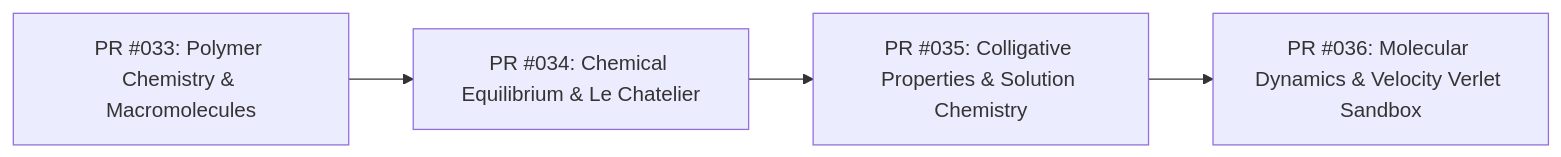
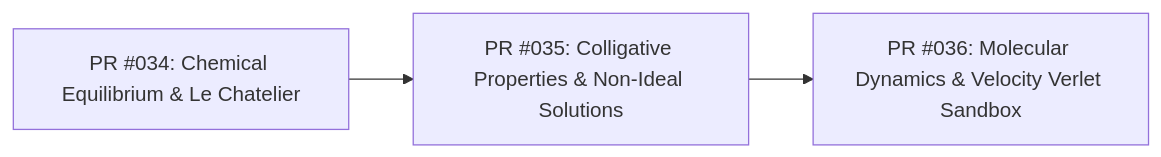
One commit to Gopi2870/Proton-pages changed the second of 2 diagrams in docs/PROJECT_COMPLETION_PLAN.md. Above: the diagram before and after it, drawn with Mermaid. The commit also changed other lines of this file, not shown here.

Commit message:
docs: update master completion plan with PR-033 polymer architecture and verified metrics

````diff
--- a/docs/PROJECT_COMPLETION_PLAN.md
+++ b/docs/PROJECT_COMPLETION_PLAN.md
@@ -76,6 +78,5 @@
 ```mermaid
 graph LR
-    PR33[PR #033: Polymer Chemistry & Macromolecules] --> PR34[PR #034: Chemical Equilibrium & Le Chatelier]
-    PR34 --> PR35[PR #035: Colligative Properties & Solution Chemistry]
+    PR34[PR #034: Chemical Equilibrium & Le Chatelier] --> PR35[PR #035: Colligative Properties & Non-Ideal Solutions]
     PR35 --> PR36[PR #036: Molecular Dynamics & Velocity Verlet Sandbox]
 ```
````
